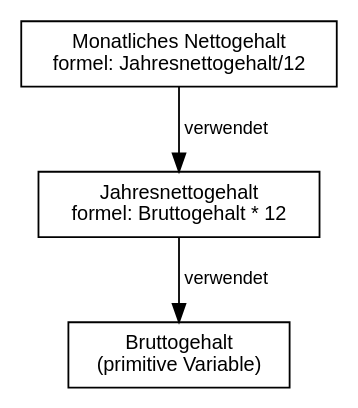
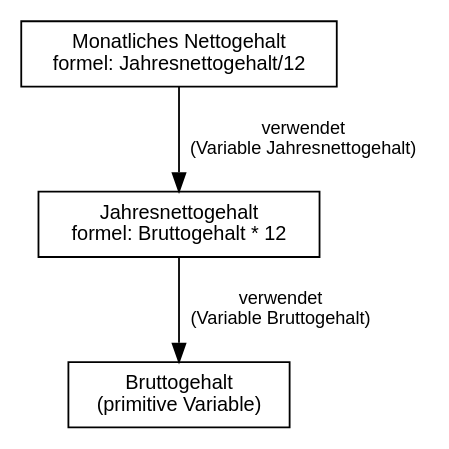
One commit to InfAI/ExcelToBerechnungsvorschriften changed the diagram in dokumentation/diagramme/abhaendigkeiten.dot. Above: the diagram before and after it, drawn with Graphviz. The commit also changed 19 other files, not shown here.

First line of the commit message:
Dokumentation: Erweiterungen und DOT-Diagramme

```diff
--- a/dokumentation/diagramme/abhaendigkeiten.dot
+++ b/dokumentation/diagramme/abhaendigkeiten.dot
@@ -1,19 +1,18 @@
 // Abhaengigkeitsgraph zwischen Berechnungsvorschriften
 // "Verwendet folgende BVs" / "Wird verwendet in"
+// Pfeil = Variable mit referenz_berechnungsvorschrift_id (verlinkt)
 // Wartbar, versionierbar - Graphviz DOT-Syntax
 digraph Abhaengigkeiten {
     rankdir=TB;
     node [shape=box, fontname="Helvetica", fontsize=11];
     edge [fontname="Helvetica", fontsize=10];
 
     // Beispiel: Monatliches Nettogehalt verwendet Jahresnettogehalt
     BV1 [label="Monatliches Nettogehalt\nformel: Jahresnettogehalt/12"];
     BV2 [label="Jahresnettogehalt\nformel: Bruttogehalt * 12"];
     BV3 [label="Bruttogehalt\n(primitive Variable)"];
 
     // Pfeil bedeutet: "verwendet"
-    BV1 -> BV2 [label="verwendet"];
-    BV2 -> BV3 [label="verwendet"];
-
-    // Umgekehrt: "wird verwendet in" (implizit durch Pfeilrichtung)
+    BV1 -> BV2 [label="verwendet\n(Variable Jahresnettogehalt)"];
+    BV2 -> BV3 [label="verwendet\n(Variable Bruttogehalt)"];
 }
```
